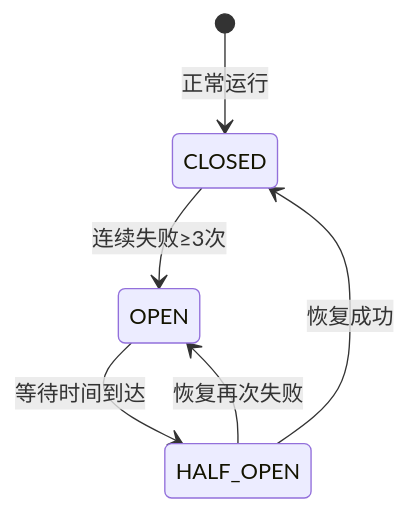
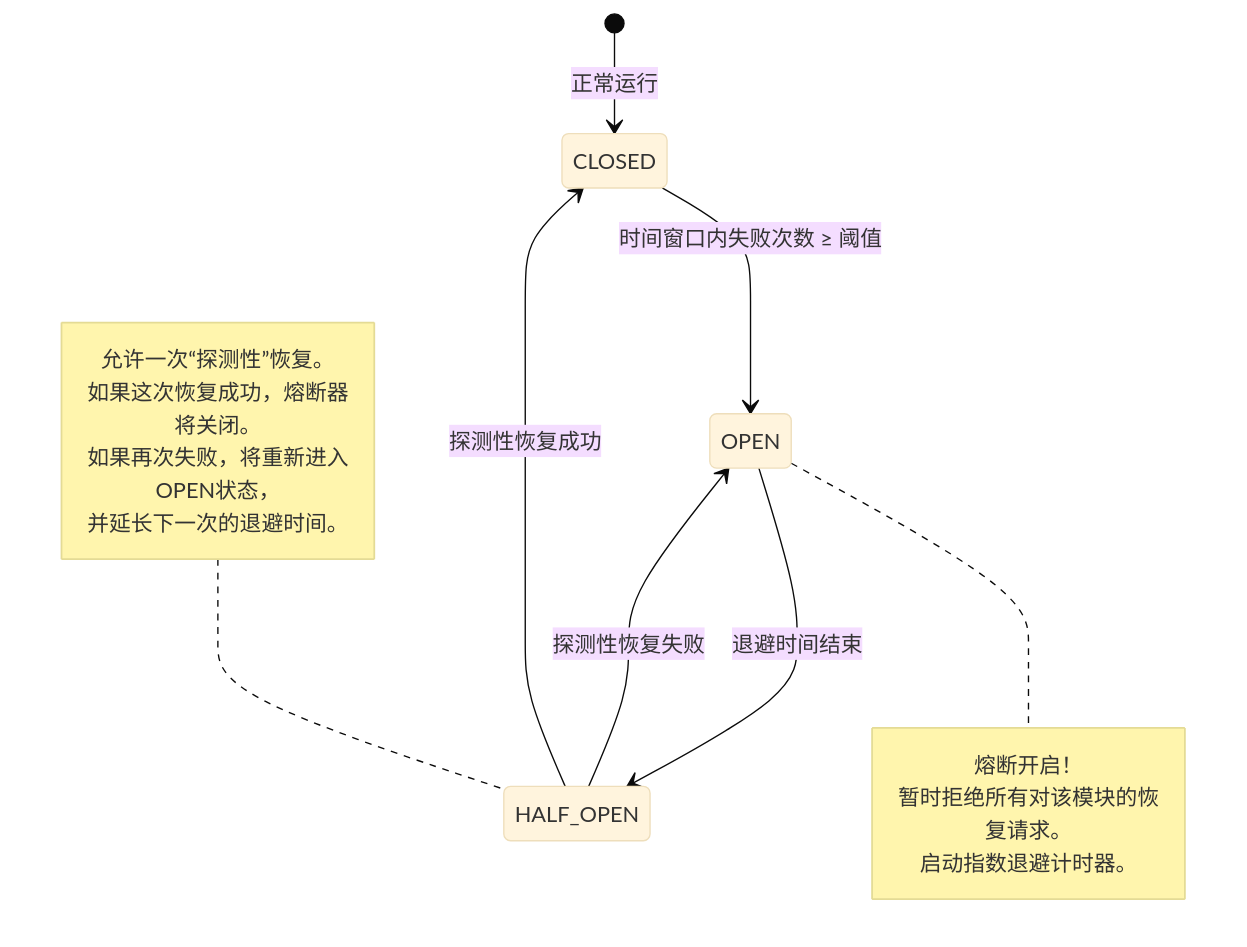
Before and after one commit to wendizhou99-cell/Radar: the sixth of 9 diagrams in docs/01_项目设计/02_模块设计/05_任务调度器设计.md, drawn with Mermaid. The commit also changed other lines of this file and 26 other files, not shown here.

First line of the commit message:
docs: 完成数据架构文档系列重构和Mermaid可视化指南增强

````diff
--- a/docs/01_项目设计/02_模块设计/05_任务调度器设计.md
+++ b/docs/01_项目设计/02_模块设计/05_任务调度器设计.md
@@ -542,8 +415,32 @@
 ```mermaid
+---
+  config:
+    theme: base
+    flowchart:
+      curve: basis
+---
 stateDiagram-v2
+    %% --- 图例 (上下文颜色语义) ---
+    %% 状态节点: 熔断器的三个核心状态。
+    %% 转换箭头: 触发状态变化的事件或条件。
+
     [*] --> CLOSED : 正常运行
-    CLOSED --> OPEN : 连续失败≥3次
-    OPEN --> HALF_OPEN : 等待时间到达
-    HALF_OPEN --> CLOSED : 恢复成功
-    HALF_OPEN --> OPEN : 恢复再次失败
+    CLOSED --> OPEN : 时间窗口内失败次数 ≥ 阈值
+    note right of OPEN
+        熔断开启！
+        暂时拒绝所有对该模块的恢复请求。
+        启动指数退避计时器。
+    end note
+
+    OPEN --> HALF_OPEN : 退避时间结束
+    note left of HALF_OPEN
+        允许一次“探测性”恢复。
+        如果这次恢复成功，熔断器将关闭。
+        如果再次失败，将重新进入OPEN状态，
+        并延长下一次的退避时间。
+    end note
+
+    HALF_OPEN --> CLOSED : 探测性恢复成功
+    HALF_OPEN --> OPEN : 探测性恢复失败
+
 ```
````
